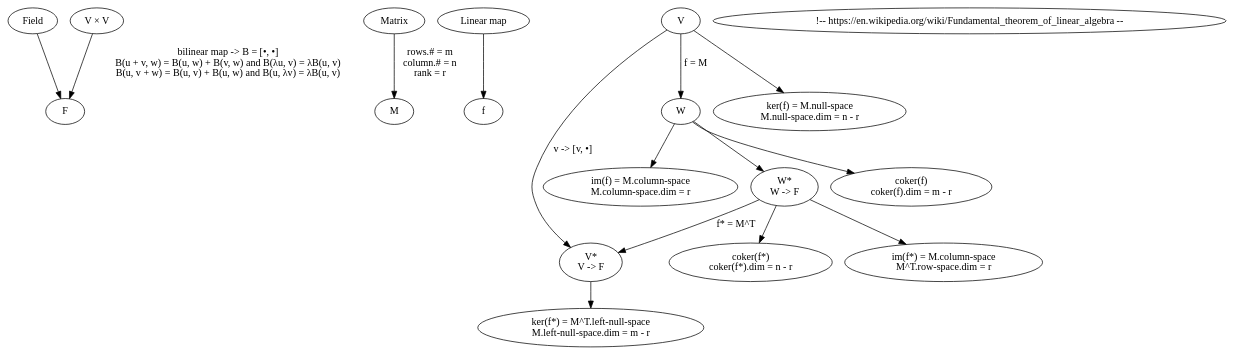
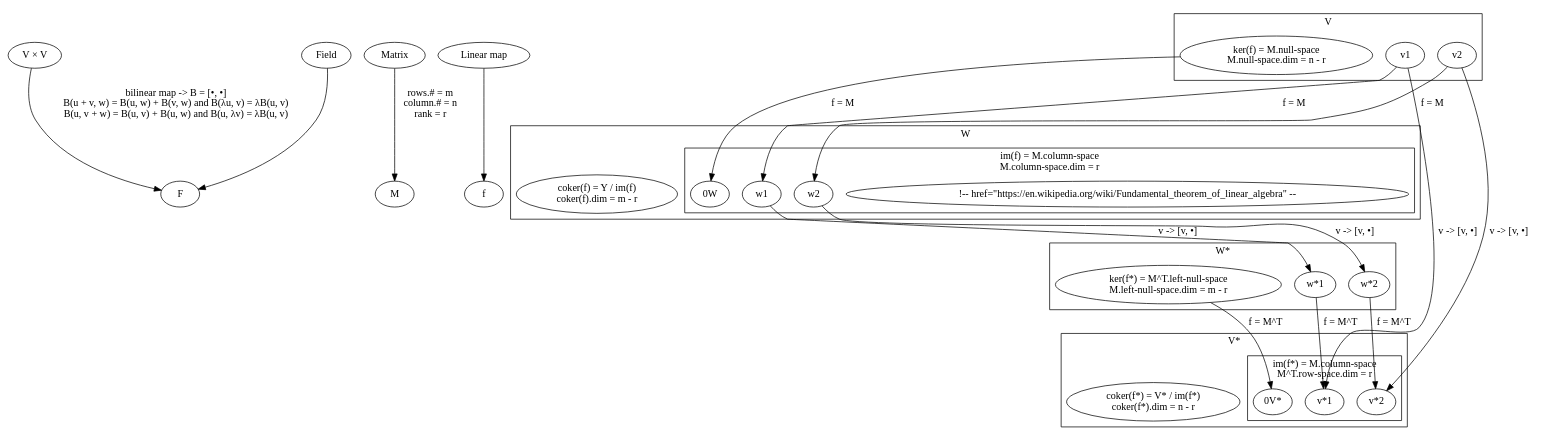
One commit to frankymacster/category-theory-graphviz changed the third of 4 diagrams in vector-space.md. Above: the diagram before and after it, drawn with Graphviz. The commit also changed other lines of this file, not shown here.

Commit message:
update vector-space

````diff
--- a/vector-space.md
+++ b/vector-space.md
@@ -38,35 +45,70 @@
 ```graphviz
 digraph G {
   "Field" -> "F"
 
   "Matrix" -> "M" [label="rows.# = m\ncolumn.# = n\nrank = r"]
 
   "Linear map" -> "f"
 
-  "M"
+  subgraph clusterV {
+    label="V"
 
-  "V" -> "W" [label="f = M"]
+    "v1"
+    "v2"
+    "ker(f)" [label="ker(f) = M.null-space\nM.null-space.dim = n - r", href="https://en.wikipedia.org/wiki/Fundamental_theorem_of_linear_algebra"]
+  }
 
-  "W" -> "im(f) = M.column-space\nM.column-space.dim = r" [href="https://en.wikipedia.org/wiki/Fundamental_theorem_of_linear_algebra"]
-  "V" -> "ker(f) = M.null-space\nM.null-space.dim = n - r" [href="https://en.wikipedia.org/wiki/Fundamental_theorem_of_linear_algebra"]
-  "W" -> "coker(f)\ncoker(f).dim = m - r" [href="https://en.wikipedia.org/wiki/Fundamental_theorem_of_linear_algebra"]
+  subgraph clusterW {
+    label="W"
 
-  "W*" -> "im(f*) = M.column-space\nM^T.row-space.dim = r" [href="https://en.wikipedia.org/wiki/Fundamental_theorem_of_linear_algebra"]
-  "V*" -> "ker(f*) = M^T.left-null-space\nM.left-null-space.dim = m - r" [href="https://en.wikipedia.org/wiki/Fundamental_theorem_of_linear_algebra"]
-  "W*" -> "coker(f*)\ncoker(f*).dim = n - r" [href="https://en.wikipedia.org/wiki/Fundamental_theorem_of_linear_algebra"]
+    subgraph clusterImf {
+      label="im(f) = M.column-space\nM.column-space.dim = r"
+      <!-- href="https://en.wikipedia.org/wiki/Fundamental_theorem_of_linear_algebra" -->
 
-  <!-- https://en.wikipedia.org/wiki/Fundamental_theorem_of_linear_algebra -->
+      "w1"
+      "w2"
+      "0W"
+    }
 
-  "V*" [label="V*\nV -> F"]
+    "coker(f)" [label="coker(f) = Y / im(f)\ncoker(f).dim = m - r", href="https://en.wikipedia.org/wiki/Fundamental_theorem_of_linear_algebra"]
+  }
 
-  "V" -> "V*" [label="v -> [v, •]"]
+  "ker(f)" -> "0W" [label="f = M"]
+  "v1" -> "w1" [label="f = M"]
+  "v2" -> "w2" [label="f = M"]
 
-  "W" -> "W*"
+  subgraph clusterWstar {
+    label="W*"
 
-  "W*" [label="W*\nW -> F"]
+    "w*1"
+    "w*2"
+    "ker(f*)" [label="ker(f*) = M^T.left-null-space\nM.left-null-space.dim = m - r", href="https://en.wikipedia.org/wiki/Fundamental_theorem_of_linear_algebra"]
+  }
 
-  "W*" -> "V*" [label="f* = M^T"]
+  subgraph clusterVstar {
+    label="V*"
+
+    subgraph clusterImfstar {
+      label="im(f*) = M.column-space\nM^T.row-space.dim = r"
+      <!-- href="https://en.wikipedia.org/wiki/Fundamental_theorem_of_linear_algebra" -->
+
+      "v*1"
+      "v*2"
+      "0V*"
+    }
+
+    "coker(f*)" [label="coker(f*) = V* / im(f*)\ncoker(f*).dim = n - r", href="https://en.wikipedia.org/wiki/Fundamental_theorem_of_linear_algebra"]
+  }
+
+  "ker(f*)" -> "0V*" [label="f = M^T"]
+  "w*1" -> "v*1" [label="f = M^T"]
+  "w*2" -> "v*2" [label="f = M^T"]
+
+  "v1" -> "v*1" [label="v -> [v, •]"]
+  "v2" -> "v*2" [label="v -> [v, •]"]
+  "w1" -> "w*1" [label="v -> [v, •]"]
+  "w2" -> "w*2" [label="v -> [v, •]"]
 
   "V × V" -> "F" [label="bilinear map -> B = [•, •]\nB(u + v, w) = B(u, w) + B(v, w) and B(λu, v) = λB(u, v)\nB(u, v + w) = B(u, v) + B(u, w) and B(u, λv) = λB(u, v)", href="https://en.wikipedia.org/wiki/Bilinear_form"]
 }
 ```
````
